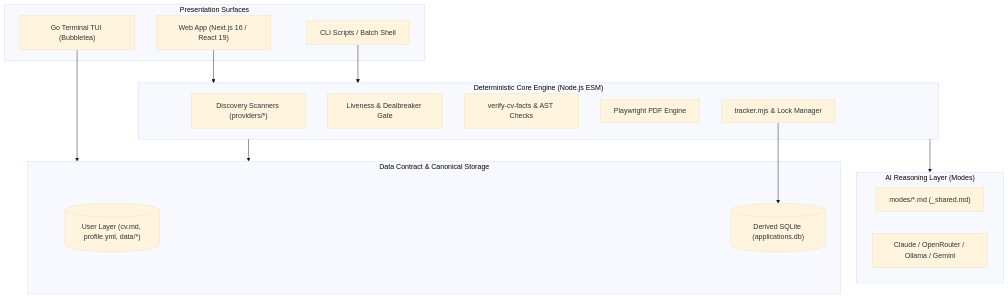
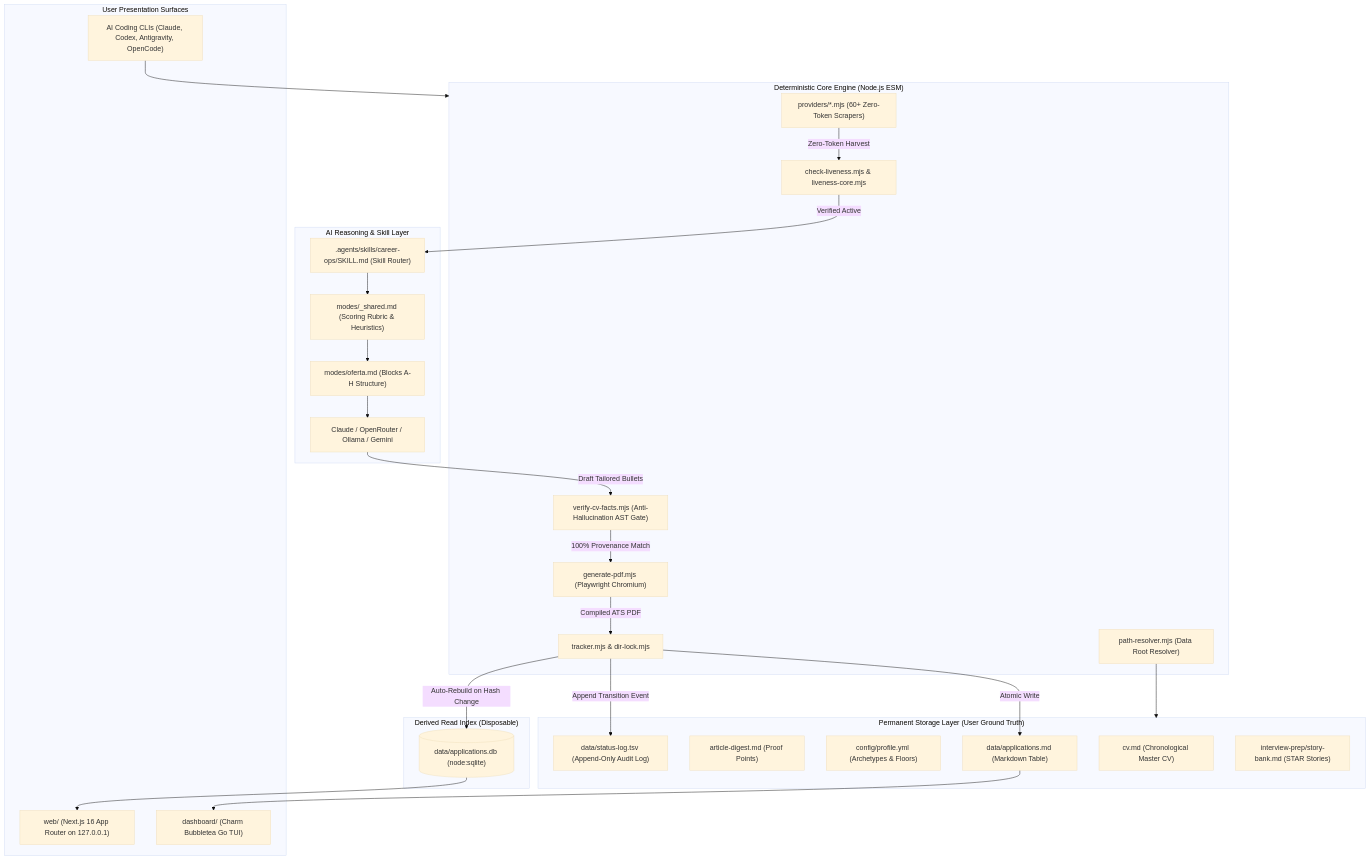
Before and after one commit to CJCreator/Jobs_Automated: the first of 4 diagrams in docs/architecture/SystemArchitecture.md, drawn with Mermaid (base theme). The commit also changed other lines of this file and 76 other files, not shown here.

````diff
--- a/docs/architecture/SystemArchitecture.md
+++ b/docs/architecture/SystemArchitecture.md
@@ -14,33 +24,51 @@
 ```mermaid
-graph TD
-    subgraph UI_Layer ["Presentation Surfaces"]
-        WebUI["Web App (Next.js 16 / React 19)"]
-        GoTUI["Go Terminal TUI (Bubbletea)"]
-        CLIRunner["CLI Scripts / Batch Shell"]
+flowchart TD
+    subgraph StorageLayer ["Permanent Storage Layer (User Ground Truth)"]
+        CV["cv.md (Chronological Master CV)"]
+        Digest["article-digest.md (Proof Points)"]
+        Profile["config/profile.yml (Archetypes & Floors)"]
+        Tracker["data/applications.md (Markdown Table)"]
+        Ledger["data/status-log.tsv (Append-Only Audit Log)"]
+        StoryBank["interview-prep/story-bank.md (STAR Stories)"]
     end
 
-    subgraph Core_Engine ["Deterministic Core Engine (Node.js ESM)"]
-        Scanners["Discovery Scanners (providers/*)"]
-        LivenessGate["Liveness & Dealbreaker Gate"]
-        FactGate["verify-cv-facts & AST Checks"]
-        PDFGen["Playwright PDF Engine"]
-        TrackerEngine["tracker.mjs & Lock Manager"]
+    subgraph CoreEngine ["Deterministic Core Engine (Node.js ESM)"]
+        Scanners["providers/*.mjs (60+ Zero-Token Scrapers)"]
+        LivenessGate["check-liveness.mjs & liveness-core.mjs"]
+        FactGate["verify-cv-facts.mjs (Anti-Hallucination AST Gate)"]
+        Renderer["generate-pdf.mjs (Playwright Chromium)"]
+        TrackerManager["tracker.mjs & dir-lock.mjs"]
+        PathResolver["path-resolver.mjs (Data Root Resolver)"]
     end
 
-    subgraph Agent_Layer ["AI Reasoning Layer (Modes)"]
-        PromptEngine["modes/*.md (_shared.md)"]
+    subgraph AgentLayer ["AI Reasoning & Skill Layer"]
+        Router[".agents/skills/career-ops/SKILL.md (Skill Router)"]
+        SharedPrompt["modes/_shared.md (Scoring Rubric & Heuristics)"]
+        OfertaPrompt["modes/oferta.md (Blocks A-H Structure)"]
         LLMConnectors["Claude / OpenRouter / Ollama / Gemini"]
     end
 
-    subgraph Storage_Layer ["Data Contract & Canonical Storage"]
-        UserLayer[("User Layer (cv.md, profile.yml, data/*)")]
-        DerivedDB[("Derived SQLite (applications.db)")]
+    subgraph DerivedLayer ["Derived Read Index (Disposable)"]
+        SQLiteDB[("data/applications.db (node:sqlite)")]
     end
 
-    WebUI --> Core_Engine
-    GoTUI --> Storage_Layer
-    CLIRunner --> Core_Engine
-    Core_Engine --> Agent_Layer
-    Core_Engine --> Storage_Layer
-    TrackerEngine --> DerivedDB
+    subgraph Interfaces ["User Presentation Surfaces"]
+        WebUI["web/ (Next.js 16 App Router on 127.0.0.1)"]
+        GoTUI["dashboard/ (Charm Bubbletea Go TUI)"]
+        CLIs["AI Coding CLIs (Claude, Codex, Antigravity, OpenCode)"]
+    end
+
+    Scanners -->|Zero-Token Harvest| LivenessGate
+    LivenessGate -->|Verified Active| Router
+    Router --> SharedPrompt --> OfertaPrompt --> LLMConnectors
+    LLMConnectors -->|Draft Tailored Bullets| FactGate
+    FactGate -->|100% Provenance Match| Renderer
+    Renderer -->|Compiled ATS PDF| TrackerManager
+    TrackerManager -->|Atomic Write| Tracker
+    TrackerManager -->|Append Transition Event| Ledger
+    TrackerManager -->|Auto-Rebuild on Hash Change| SQLiteDB
+    SQLiteDB --> WebUI
+    Tracker --> GoTUI
+    CLIs --> CoreEngine
+    PathResolver --> StorageLayer
 ```
````
